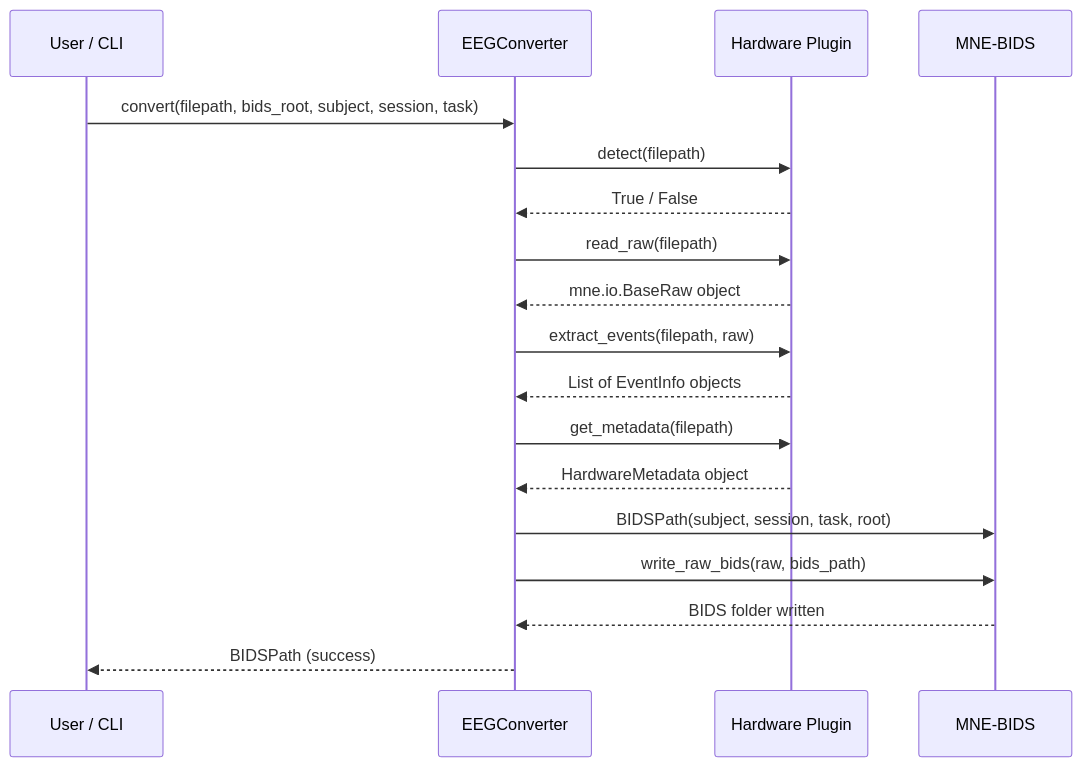
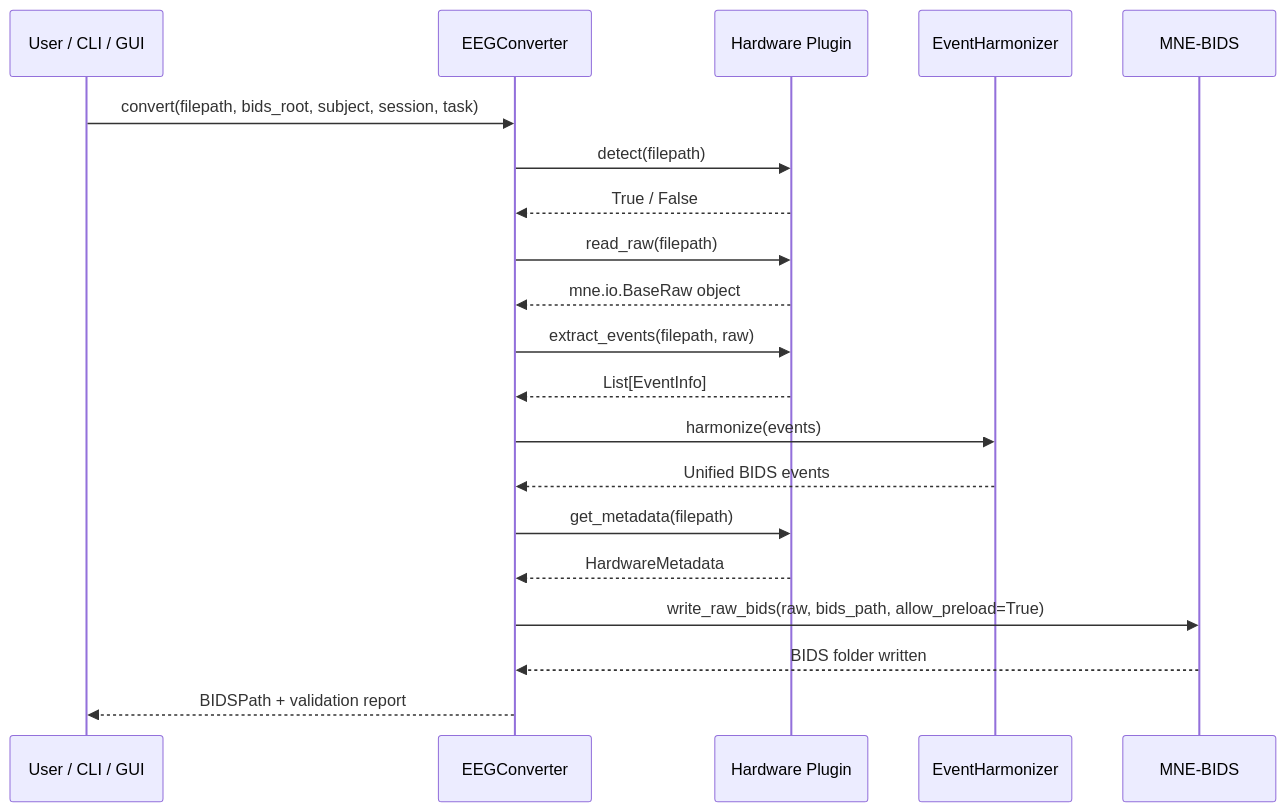
The third of 3 diagrams in README.md (Satpal26/neurobids-flow), drawn with Mermaid before and after one commit. The commit also changed other lines of this file, not shown here.

Commit message:
Update README: add quickstart, sample data, EventHarmonizer table, rename to NeuroBIDS-Flow

````diff
--- a/README.md
+++ b/README.md
@@ -80,21 +146,23 @@
 ```mermaid
 sequenceDiagram
-    participant U as User / CLI
+    participant U as User / CLI / GUI
     participant C as EEGConverter
     participant P as Hardware Plugin
+    participant EH as EventHarmonizer
     participant M as MNE-BIDS
 
     U->>C: convert(filepath, bids_root, subject, session, task)
     C->>P: detect(filepath)
     P-->>C: True / False
     C->>P: read_raw(filepath)
     P-->>C: mne.io.BaseRaw object
     C->>P: extract_events(filepath, raw)
-    P-->>C: List of EventInfo objects
+    P-->>C: List[EventInfo]
+    C->>EH: harmonize(events)
+    EH-->>C: Unified BIDS events
     C->>P: get_metadata(filepath)
-    P-->>C: HardwareMetadata object
-    C->>M: BIDSPath(subject, session, task, root)
-    C->>M: write_raw_bids(raw, bids_path)
+    P-->>C: HardwareMetadata
+    C->>M: write_raw_bids(raw, bids_path, allow_preload=True)
     M-->>C: BIDS folder written
-    C-->>U: BIDSPath (success)
+    C-->>U: BIDSPath + validation report
 ```
````
